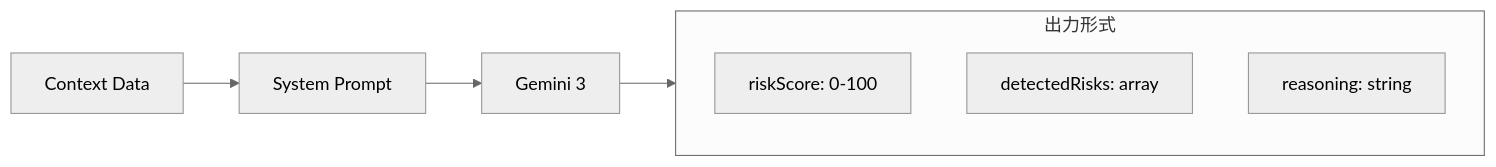
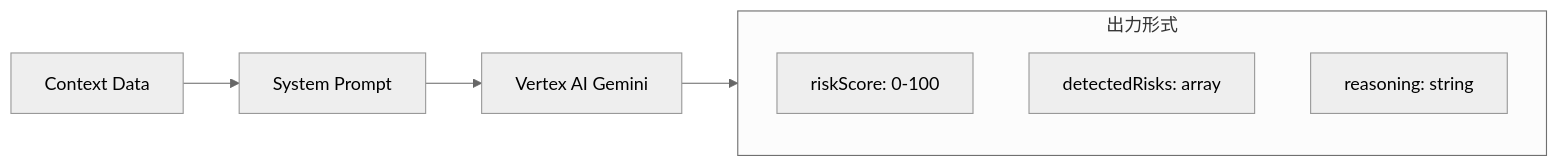
One commit to Ryg-appdev/safe-routing-ai-navigation changed the second of 5 diagrams in Docs/確定/08_AIプロンプト設計書.md. Above: the diagram before and after it, drawn with Mermaid (neutral theme). The commit also changed other lines of this file and 12 other files, not shown here.

````diff
--- a/Docs/確定/08_AIプロンプト設計書.md
+++ b/Docs/確定/08_AIプロンプト設計書.md
@@ -49,12 +49,12 @@
 ```mermaid
 flowchart LR
     A[Context Data] --> B[System Prompt]
-    B --> C[Gemini 3]
+    B --> C[Vertex AI Gemini]
     C --> D[JSON Output]
     
     subgraph D [出力形式]
         D1[riskScore: 0-100]
         D2[detectedRisks: array]
         D3[reasoning: string]
     end
 ```
````
